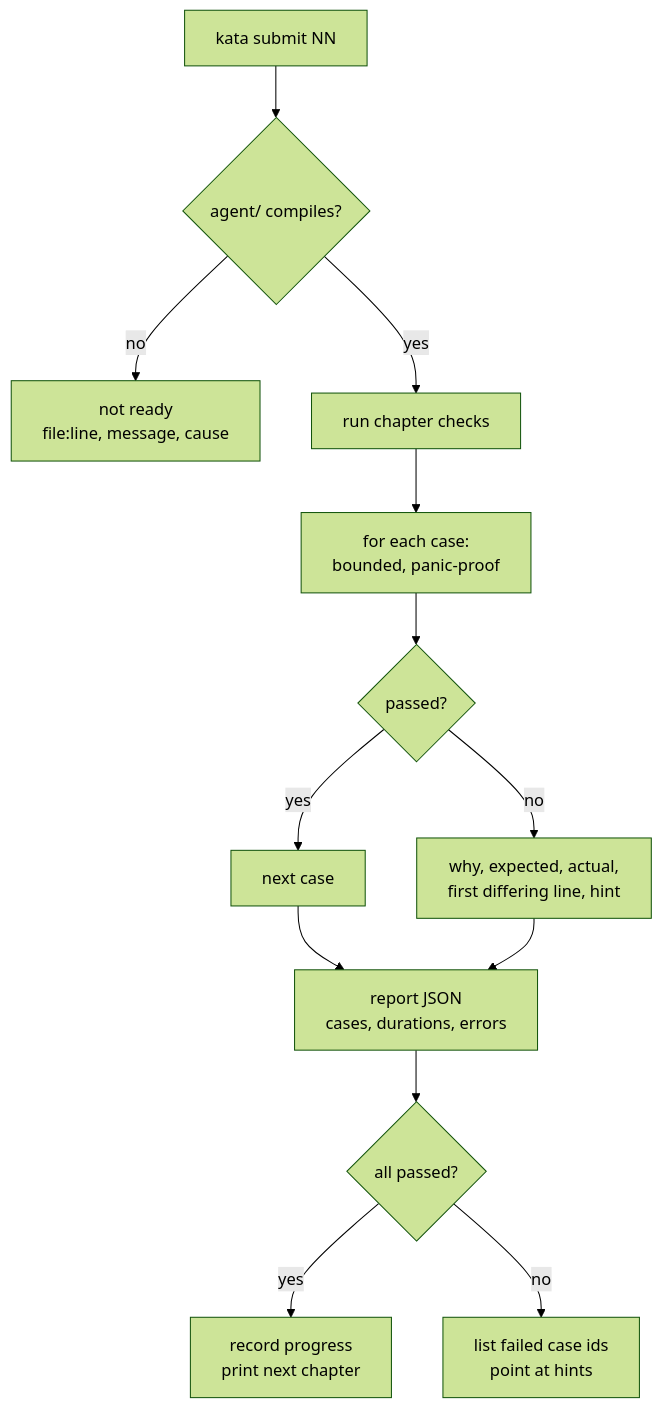
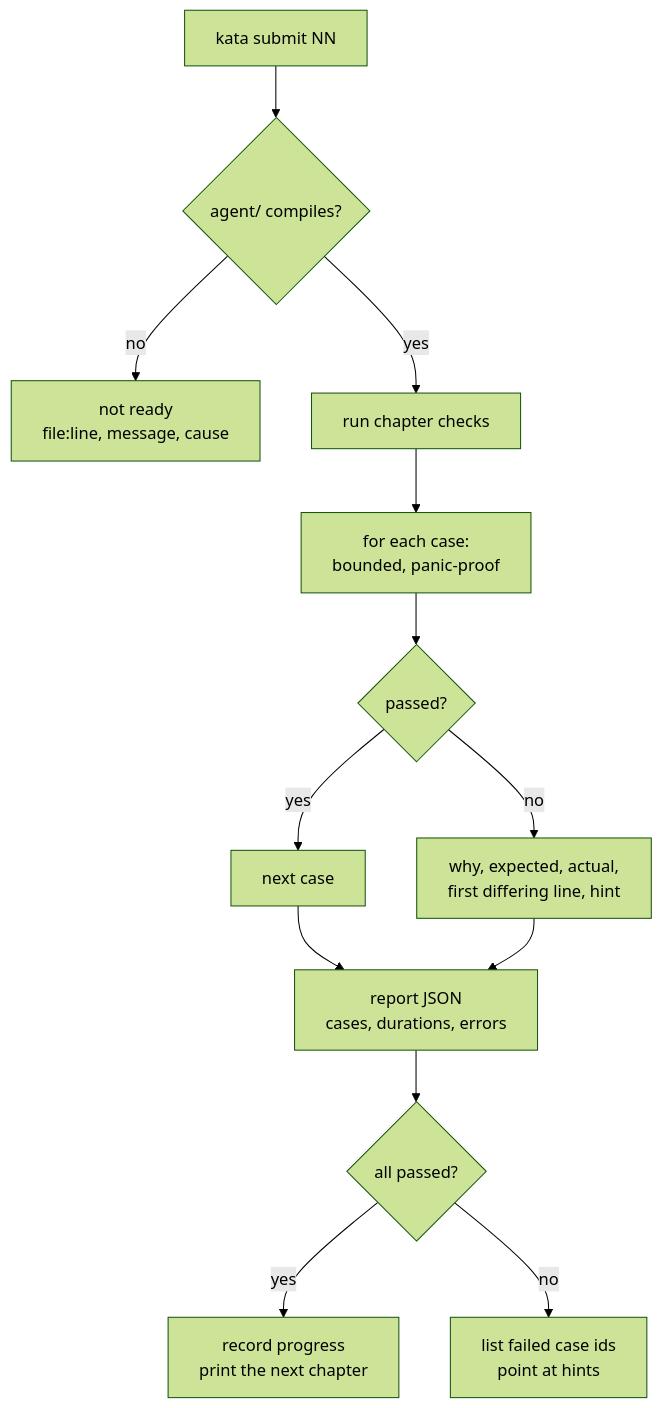
The fourth of 4 diagrams in docs/architecture.md (theakhandpatel/kata), drawn with Mermaid (forest theme) before and after one commit. The commit also changed other lines of this file and 5 other files, not shown here.

Commit message:
docs: architecture matches the code; chapter pages share one shape

````diff
--- a/docs/architecture.md
+++ b/docs/architecture.md
@@ -115,15 +111,15 @@
 ```mermaid
 flowchart TD
     A["kata submit NN"] --> B{agent/ compiles?}
     B -- no --> C["not ready<br/>file:line, message, cause"]
     B -- yes --> D["run chapter checks"]
     D --> E["for each case:<br/>bounded, panic-proof"]
     E --> F{passed?}
     F -- yes --> G["next case"]
     F -- no --> H["why, expected, actual,<br/>first differing line, hint"]
     G --> I["report JSON<br/>cases, durations, errors"]
     H --> I
     I --> J{all passed?}
-    J -- yes --> K["record progress<br/>print next chapter"]
+    J -- yes --> K["record progress<br/>print the next chapter"]
     J -- no --> L["list failed case ids<br/>point at hints"]
 ```
````
